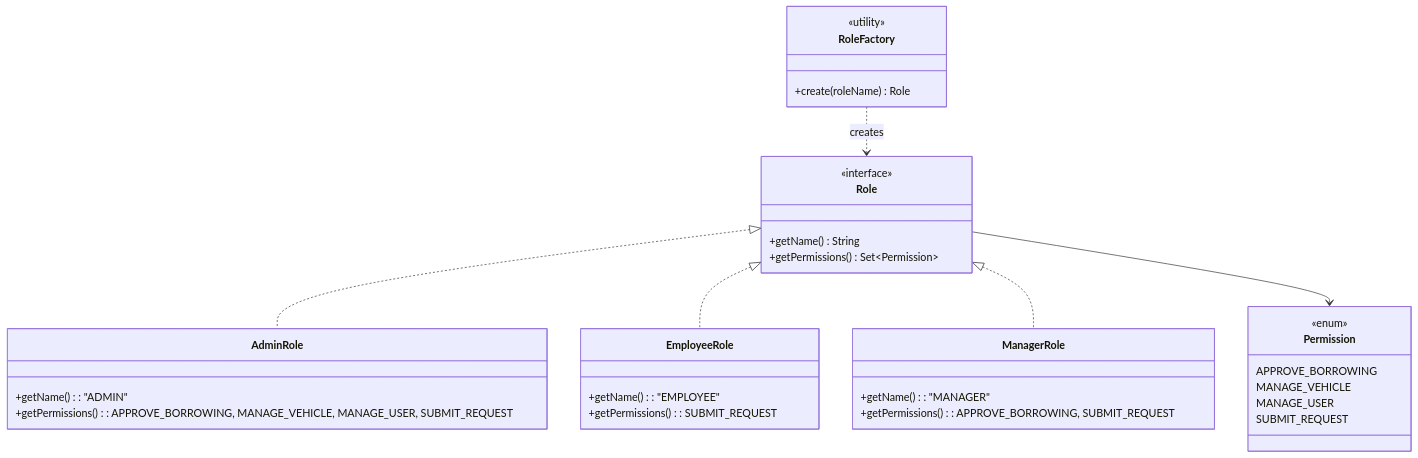
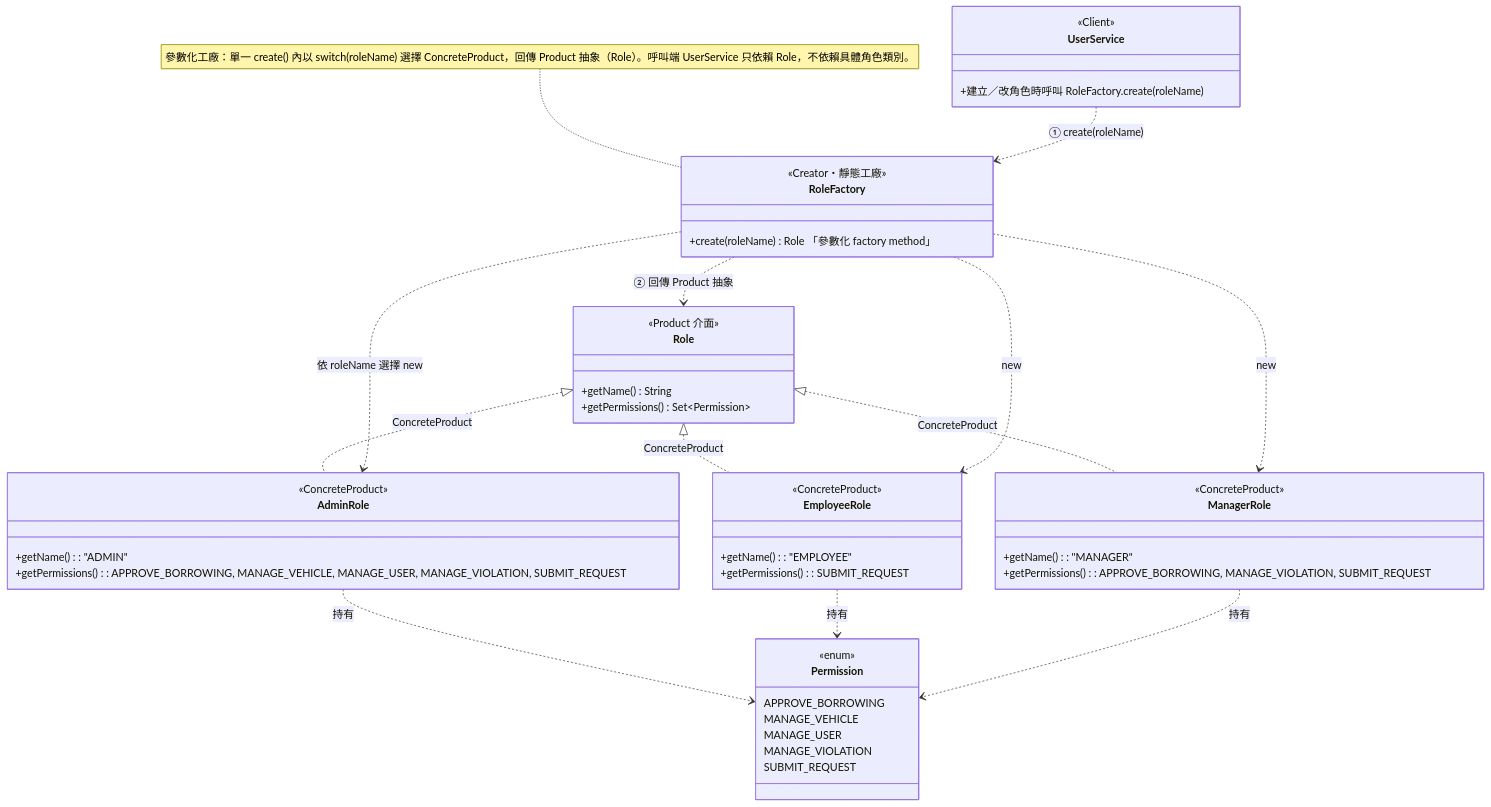
Before and after one commit to JW-Albert/114-2_FCU_Framework-Design-Final: the seventh of 16 diagrams in README.md, drawn with Mermaid. The commit also changed other lines of this file, not shown here.

First line of the commit message:
docs(uml): 依老師回饋補完五個設計模式 UML

````diff
--- a/README.md
+++ b/README.md
@@ -318,37 +339,53 @@
 ```mermaid
 classDiagram
+    class RoleFactory {
+        <<Creator・靜態工廠>>
+        +create(roleName) Role  「參數化 factory method」
+    }
     class Role {
-        <<interface>>
+        <<Product 介面>>
         +getName() String
         +getPermissions() Set~Permission~
     }
     class AdminRole {
+        <<ConcreteProduct>>
         +getName() : "ADMIN"
-        +getPermissions() : APPROVE_BORROWING, MANAGE_VEHICLE, MANAGE_USER, SUBMIT_REQUEST
+        +getPermissions() : APPROVE_BORROWING, MANAGE_VEHICLE, MANAGE_USER, MANAGE_VIOLATION, SUBMIT_REQUEST
     }
     class EmployeeRole {
+        <<ConcreteProduct>>
         +getName() : "EMPLOYEE"
         +getPermissions() : SUBMIT_REQUEST
     }
     class ManagerRole {
+        <<ConcreteProduct>>
         +getName() : "MANAGER"
-        +getPermissions() : APPROVE_BORROWING, SUBMIT_REQUEST
+        +getPermissions() : APPROVE_BORROWING, MANAGE_VIOLATION, SUBMIT_REQUEST
     }
-    class RoleFactory {
-        <<utility>>
-        +create(roleName) Role
+    class UserService {
+        <<Client>>
+        +建立／改角色時呼叫 RoleFactory.create(roleName)
     }
     class Permission {
         <<enum>>
         APPROVE_BORROWING
         MANAGE_VEHICLE
         MANAGE_USER
+        MANAGE_VIOLATION
         SUBMIT_REQUEST
     }
 
-    Role <|.. AdminRole
-    Role <|.. EmployeeRole
-    Role <|.. ManagerRole
-    RoleFactory ..> Role : creates
-    Role --> Permission
+    Role <|.. AdminRole : ConcreteProduct
+    Role <|.. EmployeeRole : ConcreteProduct
+    Role <|.. ManagerRole : ConcreteProduct
+    UserService ..> RoleFactory : ① create(roleName)
+    RoleFactory ..> Role : ② 回傳 Product 抽象
+    RoleFactory ..> AdminRole : 依 roleName 選擇 new
+    RoleFactory ..> EmployeeRole : new
+    RoleFactory ..> ManagerRole : new
+    AdminRole ..> Permission : 持有
+    EmployeeRole ..> Permission : 持有
+    ManagerRole ..> Permission : 持有
+
+    note for RoleFactory "參數化工廠：單一 create() 內以 switch(roleName) 選擇 ConcreteProduct，回傳 Product 抽象（Role）。呼叫端 UserService 只依賴 Role，不依賴具體角色類別。"
 ```
````
